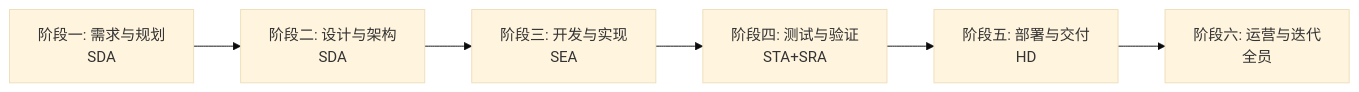
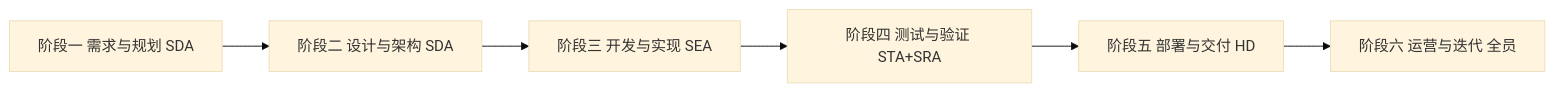
The fourth of 6 diagrams in README.md (winyeahs/opd), drawn with Mermaid (base theme) before and after one commit. The commit also changed other lines of this file and 8 other files, not shown here.

````diff
--- a/README.md
+++ b/README.md
@@ -127,11 +122,11 @@
 ```mermaid
 graph LR
-    P1[阶段一: 需求与规划<br/>SDA]
-    P2[阶段二: 设计与架构<br/>SDA]
-    P3[阶段三: 开发与实现<br/>SEA]
-    P4[阶段四: 测试与验证<br/>STA+SRA]
-    P5[阶段五: 部署与交付<br/>HD]
-    P6[阶段六: 运营与迭代<br/>全员]
+    P1[阶段一 需求与规划 SDA]
+    P2[阶段二 设计与架构 SDA]
+    P3[阶段三 开发与实现 SEA]
+    P4[阶段四 测试与验证 STA+SRA]
+    P5[阶段五 部署与交付 HD]
+    P6[阶段六 运营与迭代 全员]
     
     P1 --> P2 --> P3 --> P4 --> P5 --> P6
 ```
````
